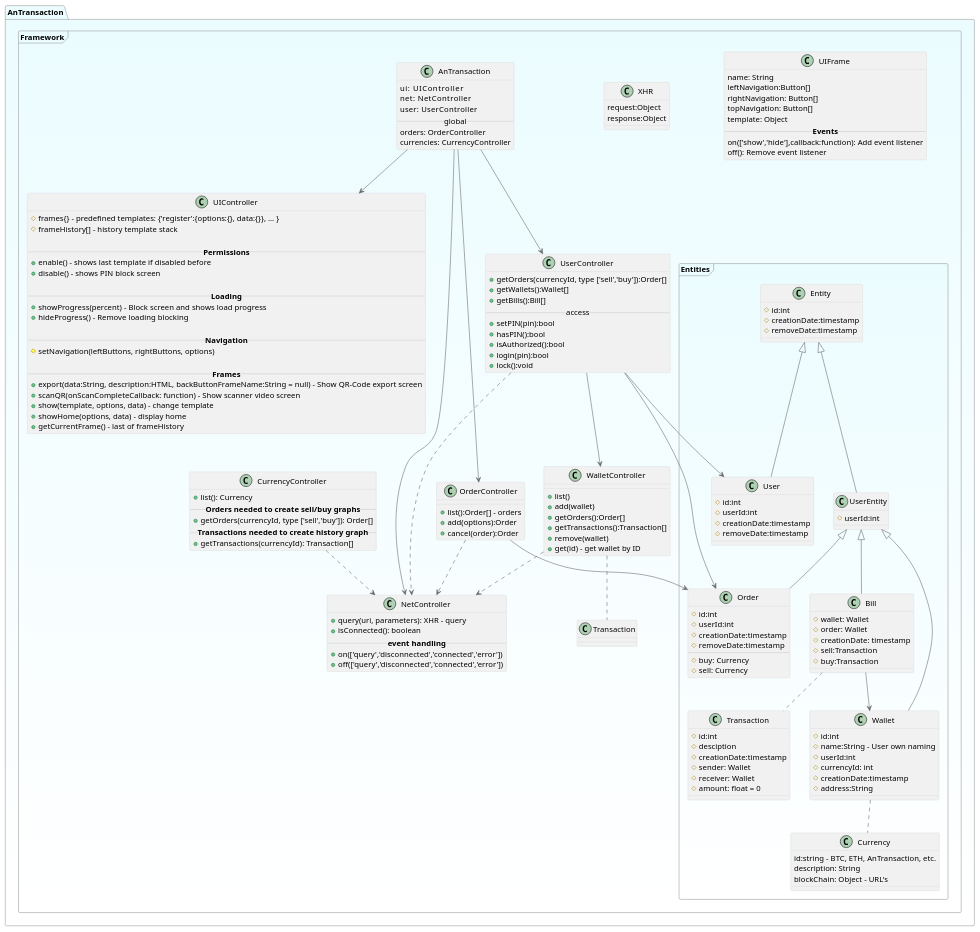
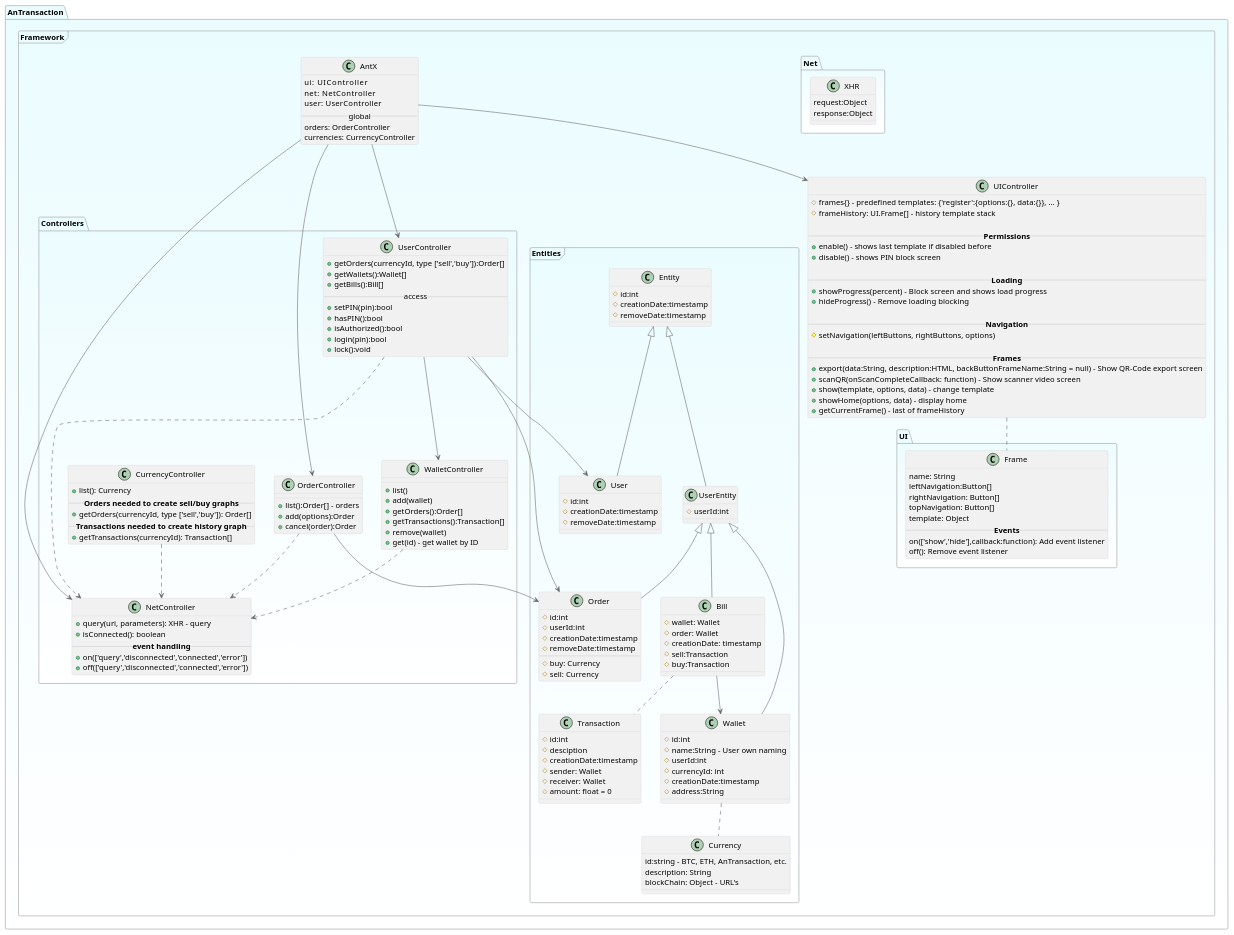
The diagram in docs/front-end.puml (eSlider/antx-frontend), drawn with PlantUML before and after one commit.

Commit message:
Fis front-end.puml design

```diff
--- a/docs/front-end.puml
+++ b/docs/front-end.puml
@@ -23,7 +23,7 @@
 
   class UIController {
     # frames{} - predefined templates: {'register':{options:{}, data:{}}, ... }
-    # frameHistory[] - history template stack
+    # frameHistory: UI.Frame[] - history template stack
     
     -- <b>Permissions</b> --
     + enable() - shows last template if disabled before
@@ -43,39 +43,33 @@
     + showHome(options, data) - display home
     + getCurrentFrame() - last of frameHistory
  }
+ package Net{
  
- class UIFrame{
-  name: String
-  leftNavigation:Button[]
-  rightNavigation: Button[]
-  topNavigation: Button[]
-  template: Object
-  -- <b>Events</b> --
-  on(['show','hide'],callback:function): Add event listener
-  off(): Remove event listener
+  class XHR{
+   request:Object
+   response:Object
+  }
+  
  }
  
- 
- class NetController{
-    + query(uri, parameters): XHR - query
-    + isConnected(): boolean
-    -- <b>event handling</b> --
-    + on(['query','disconnected','connected','error'])
-    + off(['query','disconnected','connected','error'])
+ package UI{
+  class Frame{
+   name: String
+   leftNavigation:Button[]
+   rightNavigation: Button[]
+   topNavigation: Button[]
+   template: Object
+   -- <b>Events</b> --
+   on(['show','hide'],callback:function): Add event listener
+   off(): Remove event listener
+  }
  }
  
-' note left: Network API controller
 
- class OrderController{
-  +list():Order[] - orders
-  +add(options):Order
-  +cancel(order):Order
- }
- 
-'
 
-' note left: Global order controller
- 
+UIController .. Frame
+package Controllers{
+
  class UserController{
     + getOrders(currencyId, type ['sell','buy']):Order[]
     + getWallets():Wallet[]
@@ -88,9 +82,7 @@
     + lock():void
     '- Lock screen with PIN input frame `ui.disable()`
  }
-
-' note left: User own controller
-
+ 
  class WalletController {
   + list()
   + add(wallet)
@@ -100,15 +92,29 @@
   + get(id) - get wallet by ID
  }
  
- WalletController .. Transaction
+ class NetController{
+    + query(uri, parameters): XHR - query
+    + isConnected(): boolean
+    -- <b>event handling</b> --
+    + on(['query','disconnected','connected','error'])
+    + off(['query','disconnected','connected','error'])
+ }
  
- class CurrencyController {
-  + list(): Currency
-  -- <b>Orders needed to create sell/buy graphs</b> --
-  + getOrders(currencyId, type ['sell','buy']): Order[]
-  -- <b>Transactions needed to create history graph --
-  + getTransactions(currencyId): Transaction[]
+ class OrderController{
+  +list():Order[] - orders
+  +add(options):Order
+  +cancel(order):Order
  }
+ 
+  class CurrencyController {
+   + list(): Currency
+   -- <b>Orders needed to create sell/buy graphs</b> --
+   + getOrders(currencyId, type ['sell','buy']): Order[]
+   -- <b>Transactions needed to create history graph --
+   + getTransactions(currencyId): Transaction[]
+  }
+ 
+}
  
  package Entities <<Frame>>{
   class Entity{
@@ -147,7 +153,6 @@
   
   class User extends Entity{
       #id:int
-      #userId:int
       #creationDate:timestamp
       #removeDate:timestamp
   }
@@ -179,10 +184,7 @@
    UserController --> Order
  }
  
- class XHR{
-  request:Object
-  response:Object
- }
+
  
  CurrencyController ..> NetController
  OrderController ..> NetController
@@ -190,7 +192,7 @@
  WalletController ..> NetController
 ' TransactionController --> NetController
  
- class AnTransaction {
+ class AntX {
   ui:     UIController
   net:    NetController
   user:   UserController
@@ -199,10 +201,10 @@
   currencies: CurrencyController
  }
  
- AnTransaction --> UIController
- AnTransaction --> OrderController
- AnTransaction --> UserController
- AnTransaction --> NetController
+ AntX --> UIController
+ AntX --> OrderController
+ AntX --> UserController
+ AntX --> NetController
  
 }
 
```
